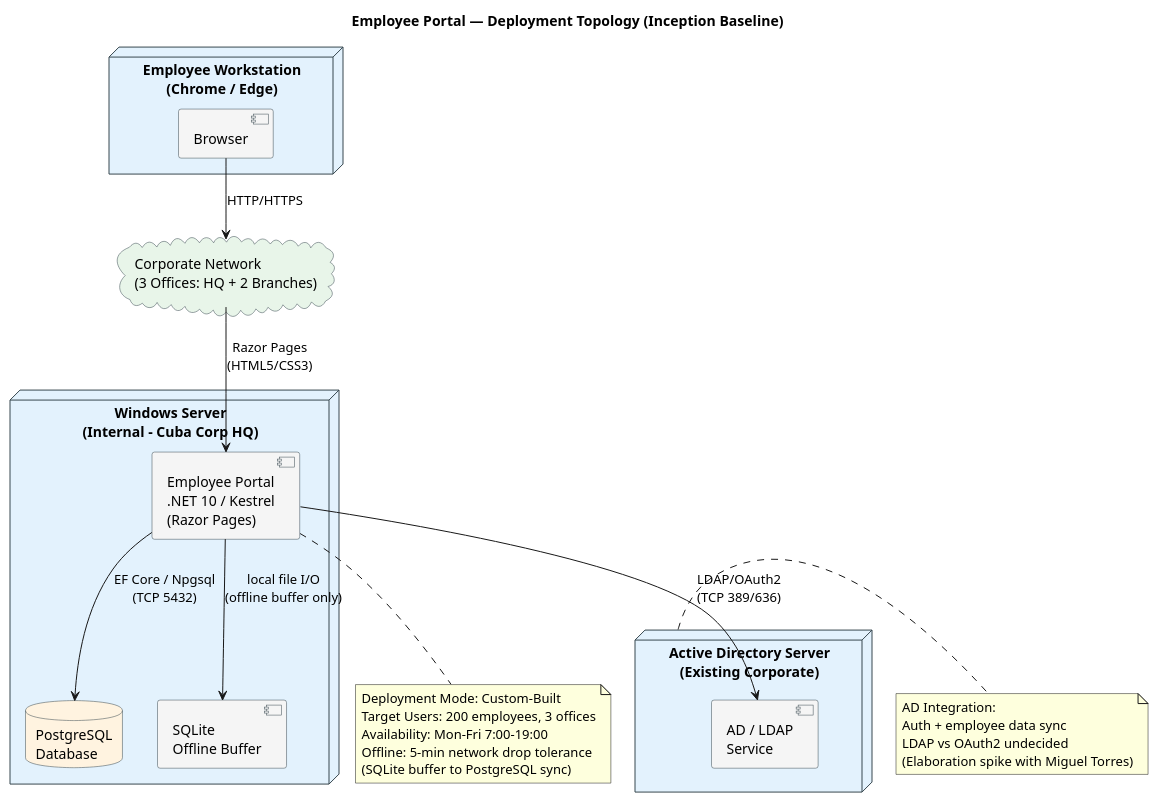
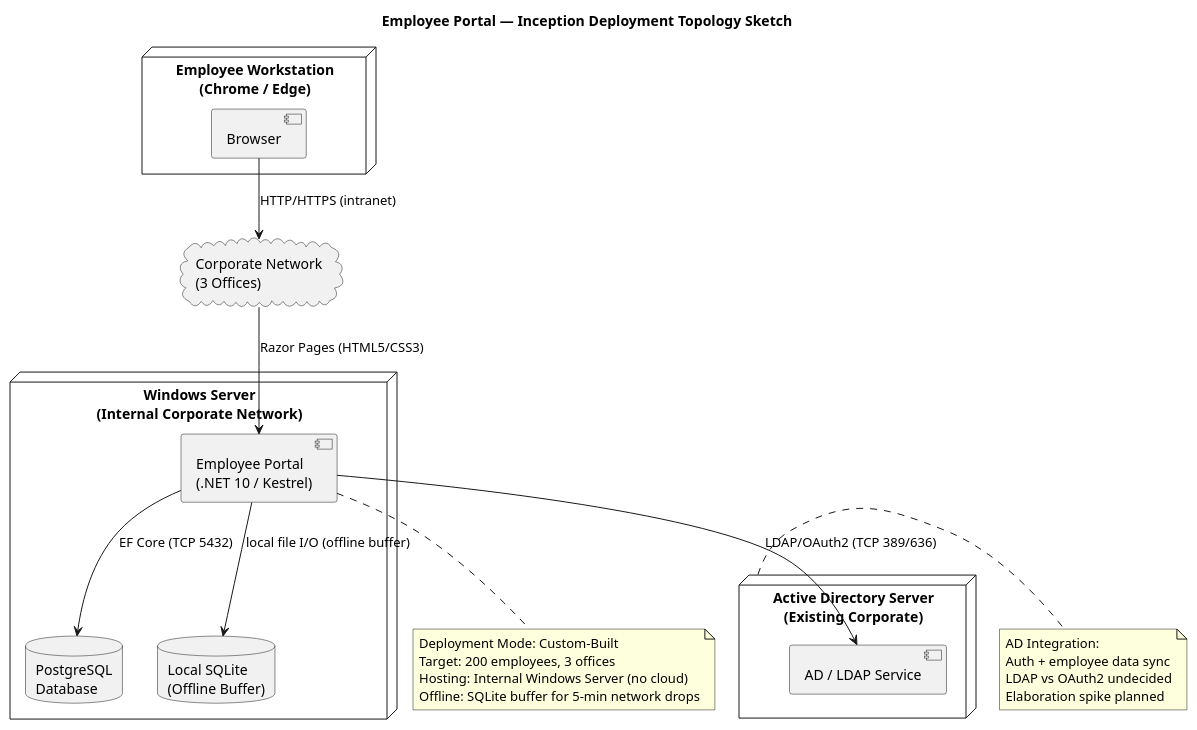
One commit to banense-test/demo-janke-lab changed the diagram in docs/DEPLOYMENT_STRATEGY.md. Above: the diagram before and after it, drawn with PlantUML. The commit also changed other lines of this file, not shown here.

Commit message:
chore(dm): publish deployment strategy baseline for Employee Portal

````diff
--- a/docs/DEPLOYMENT_STRATEGY.md
+++ b/docs/DEPLOYMENT_STRATEGY.md
@@ -47,62 +39,45 @@
 ```plantuml
 @startuml
 skinparam shadowing false
 skinparam defaultFontName "Segoe UI"
-skinparam node {
-  BackgroundColor #e3f2fd
-  BorderColor #37474f
-}
-skinparam component {
-  BackgroundColor #f5f5f5
-  BorderColor #37474f
-}
-skinparam database {
-  BackgroundColor #fff3e0
-  BorderColor #37474f
-}
-skinparam cloud {
-  BackgroundColor #e8f5e9
-  BorderColor #37474f
-}
 
-title Employee Portal — Deployment Topology (Inception Baseline)
+title Employee Portal — Inception Deployment Topology Sketch
 
-node "Windows Server\n(Internal - Cuba Corp HQ)" as WIN_SRV {
-  component "Employee Portal\n.NET 10 / Kestrel\n(Razor Pages)" as PORTAL
+node "Windows Server\n(Internal Corporate Network)" as WIN_SRV {
+  component "Employee Portal\n(.NET 10 / Kestrel)" as PORTAL
   database "PostgreSQL\nDatabase" as PGDB
-  component "SQLite\nOffline Buffer" as SQLITE
+  database "Local SQLite\n(Offline Buffer)" as SQLITE
 }
 
 node "Active Directory Server\n(Existing Corporate)" as AD_SRV {
-  component "AD / LDAP\nService" as AD_SVC
+  component "AD / LDAP Service" as AD_SVC
 }
 
 node "Employee Workstation\n(Chrome / Edge)" as WS {
   component "Browser" as BROWSER
 }
 
-cloud "Corporate Network\n(3 Offices: HQ + 2 Branches)" as NET
+cloud "Corporate Network\n(3 Offices)" as NET
 
-BROWSER --> NET : HTTP/HTTPS
-NET --> PORTAL : Razor Pages\n(HTML5/CSS3)
-PORTAL --> PGDB : EF Core / Npgsql\n(TCP 5432)
-PORTAL --> SQLITE : local file I/O\n(offline buffer only)
-PORTAL --> AD_SVC : LDAP/OAuth2\n(TCP 389/636)
+BROWSER --> NET : HTTP/HTTPS (intranet)
+NET --> PORTAL : Razor Pages (HTML5/CSS3)
+PORTAL --> PGDB : EF Core (TCP 5432)
+PORTAL --> SQLITE : local file I/O (offline buffer)
+PORTAL --> AD_SVC : LDAP/OAuth2 (TCP 389/636)
 
 note bottom of PORTAL
   Deployment Mode: Custom-Built
-  Target Users: 200 employees, 3 offices
-  Availability: Mon-Fri 7:00-19:00
-  Offline: 5-min network drop tolerance
-  (SQLite buffer to PostgreSQL sync)
+  Target: 200 employees, 3 offices
+  Hosting: Internal Windows Server (no cloud)
+  Offline: SQLite buffer for 5-min network drops
 end note
 
 note right of AD_SRV
   AD Integration:
   Auth + employee data sync
   LDAP vs OAuth2 undecided
-  (Elaboration spike with Miguel Torres)
+  Elaboration spike planned
 end note
 
 @enduml
 ```
````
